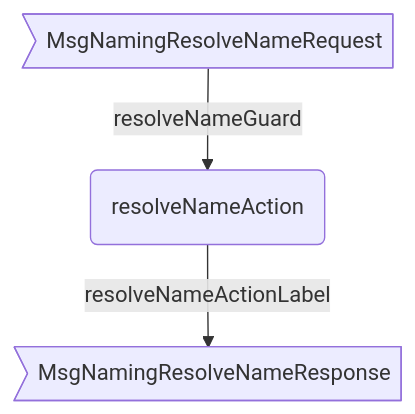
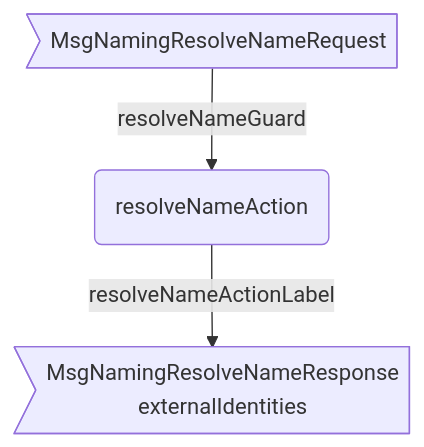
The first of 3 diagrams in docs/arch/node/engines/naming_behaviour.juvix.md (anoma/nspec), drawn with Mermaid before and after one commit. The commit also changed other lines of this file, not shown here.

````diff
--- a/docs/arch/node/engines/naming_behaviour.juvix.md
+++ b/docs/arch/node/engines/naming_behaviour.juvix.md
@@ -486,8 +482,8 @@
 ```mermaid
 flowchart TD
-  CM>MsgNamingResolveNameRequest]
+  MSG>MsgNamingResolveNameRequest]
   A(resolveNameAction)
-  RE>MsgNamingResolveNameResponse]
+  RES>MsgNamingResolveNameResponse<br/>externalIdentities]
 
-  CM --resolveNameGuard--> A --resolveNameActionLabel--> RE
+  MSG --resolveNameGuard--> A --resolveNameActionLabel--> RES
 ```
````
